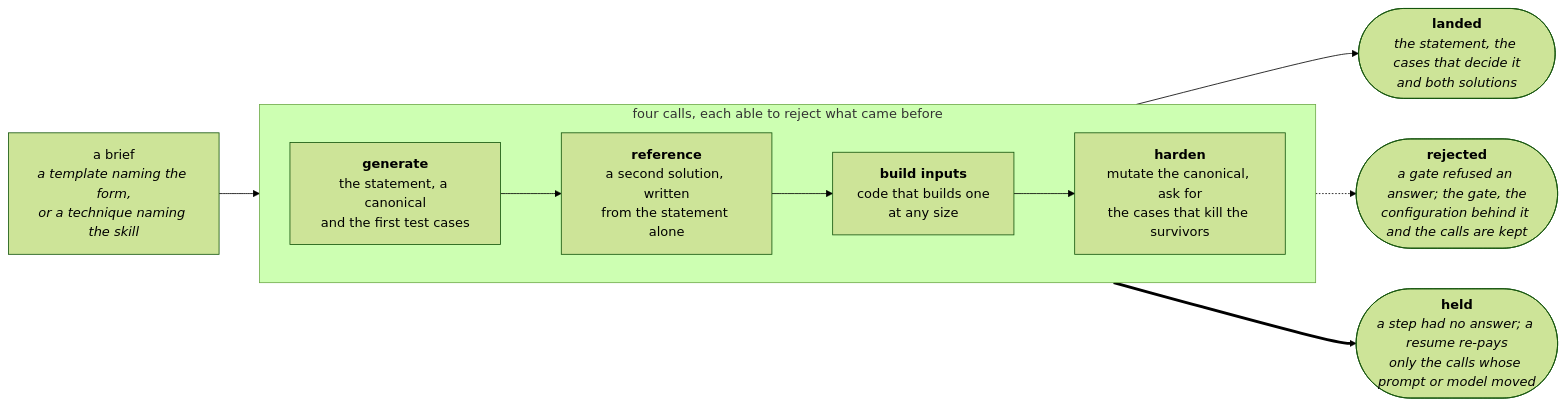
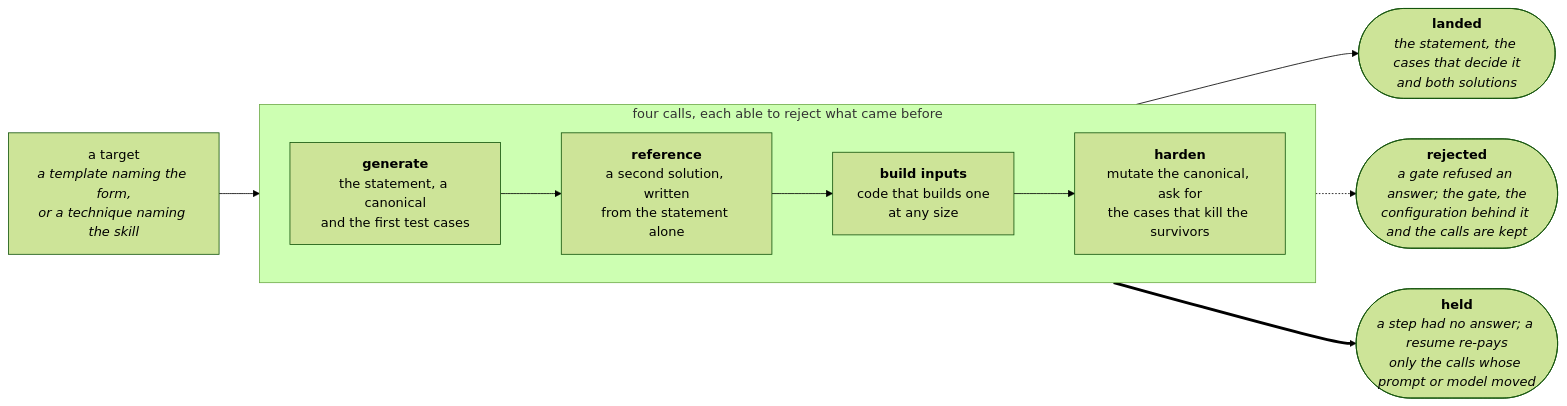
One commit to lunochkin/algo-coach changed the second of 4 diagrams in README.md. Above: the diagram before and after it, drawn with Mermaid (forest theme). The commit also changed other lines of this file and 52 other files, not shown here.

````diff
--- a/README.md
+++ b/README.md
@@ -260,15 +260,15 @@
 ```mermaid
 flowchart LR
-  T["a brief<br/><i>a template naming the form,<br/>or a technique naming the skill</i>"] --> W
+  T["a target<br/><i>a template naming the form,<br/>or a technique naming the skill</i>"] --> W
 
   subgraph W["four calls, each able to reject what came before"]
     direction LR
     G["<b>generate</b><br/>the statement, a canonical<br/>and the first test cases"] --> R["<b>reference</b><br/>a second solution, written<br/>from the statement alone"]
     R --> B["<b>build inputs</b><br/>code that builds one<br/>at any size"]
     B --> M["<b>harden</b><br/>mutate the canonical, ask for<br/>the cases that kill the survivors"]
   end
 
   W --> L(["<b>landed</b><br/><i>the statement, the cases that decide it<br/>and both solutions</i>"])
   W -.-> X(["<b>rejected</b><br/><i>a gate refused an answer; the gate, the<br/>configuration behind it and the calls are kept</i>"])
   W ==> H(["<b>held</b><br/><i>a step had no answer; a resume re-pays<br/>only the calls whose prompt or model moved</i>"])
 ```
````
